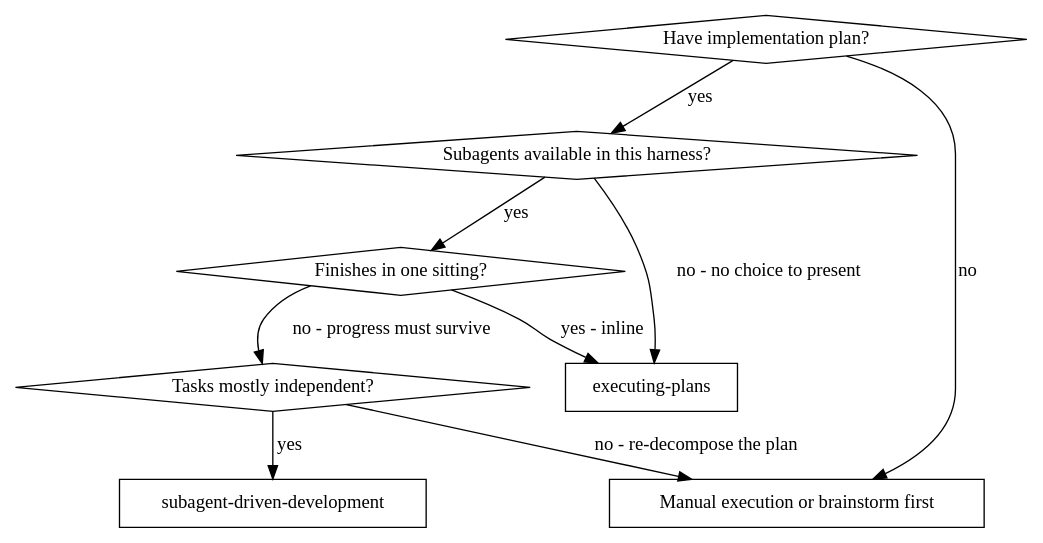
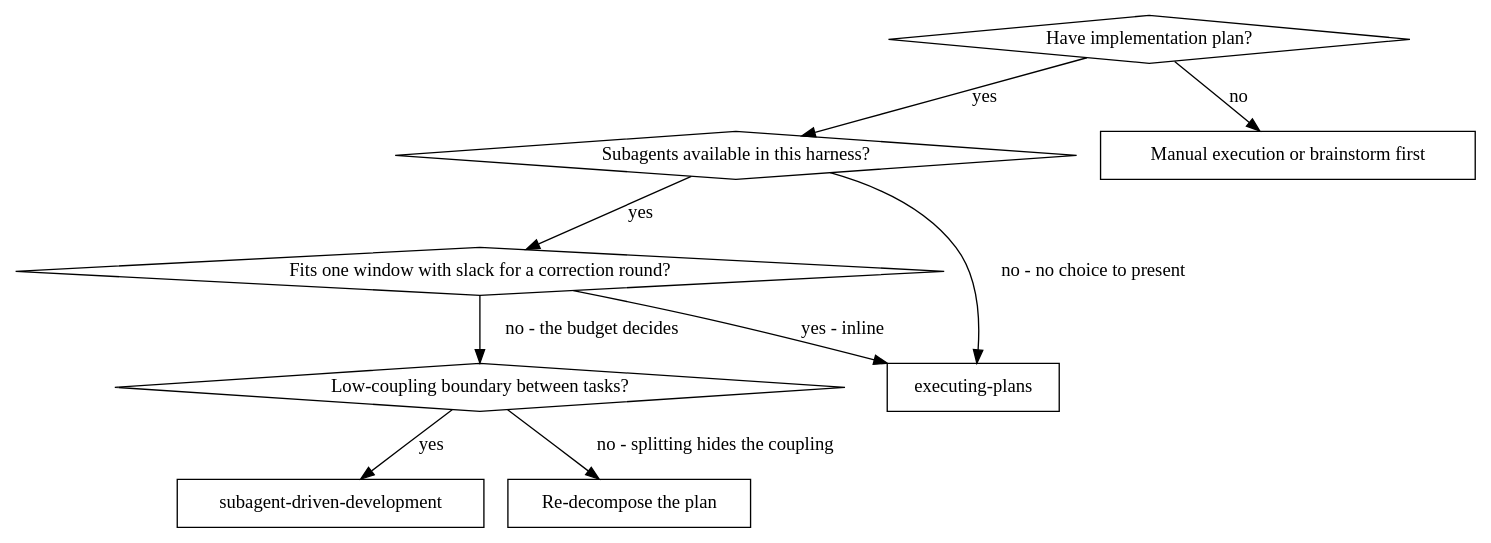
Before and after one commit to rodrigopaitach/superpowersplus: the diagram in skills/subagent-driven-development/SKILL.md, drawn with Graphviz. The commit also changed other lines of this file and 1 other file, not shown here.

Commit message:
feat(subagent-driven-development): o grafo pergunta orçamento e define acoplamento
Claude-Session: https://claude.ai/code/session_01XMVUp5NpEUENvb2F7B6dZK

````diff
--- a/skills/subagent-driven-development/SKILL.md
+++ b/skills/subagent-driven-development/SKILL.md
@@ -63,20 +63,21 @@
 ```dot
 digraph when_to_use {
     "Have implementation plan?" [shape=diamond];
     "Subagents available in this harness?" [shape=diamond];
-    "Finishes in one sitting?" [shape=diamond];
-    "Tasks mostly independent?" [shape=diamond];
+    "Fits one window with slack for a correction round?" [shape=diamond];
+    "Low-coupling boundary between tasks?" [shape=diamond];
     "subagent-driven-development" [shape=box];
     "executing-plans" [shape=box];
     "Manual execution or brainstorm first" [shape=box];
+    "Re-decompose the plan" [shape=box];
 
     "Have implementation plan?" -> "Manual execution or brainstorm first" [label="no"];
     "Have implementation plan?" -> "Subagents available in this harness?" [label="yes"];
     "Subagents available in this harness?" -> "executing-plans" [label="no - no choice to present"];
-    "Subagents available in this harness?" -> "Finishes in one sitting?" [label="yes"];
-    "Finishes in one sitting?" -> "executing-plans" [label="yes - inline"];
-    "Finishes in one sitting?" -> "Tasks mostly independent?" [label="no - progress must survive"];
-    "Tasks mostly independent?" -> "subagent-driven-development" [label="yes"];
-    "Tasks mostly independent?" -> "Manual execution or brainstorm first" [label="no - re-decompose the plan"];
+    "Subagents available in this harness?" -> "Fits one window with slack for a correction round?" [label="yes"];
+    "Fits one window with slack for a correction round?" -> "executing-plans" [label="yes - inline"];
+    "Fits one window with slack for a correction round?" -> "Low-coupling boundary between tasks?" [label="no - the budget decides"];
+    "Low-coupling boundary between tasks?" -> "subagent-driven-development" [label="yes"];
+    "Low-coupling boundary between tasks?" -> "Re-decompose the plan" [label="no - splitting hides the coupling"];
 }
 ```
````
